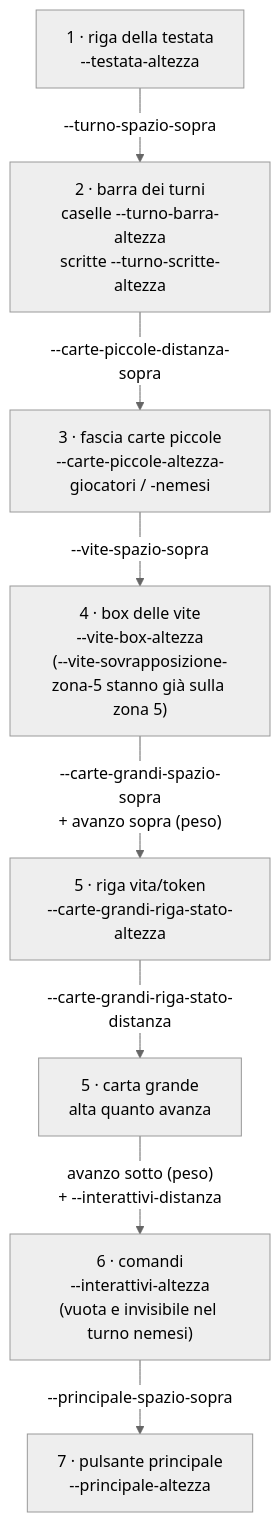
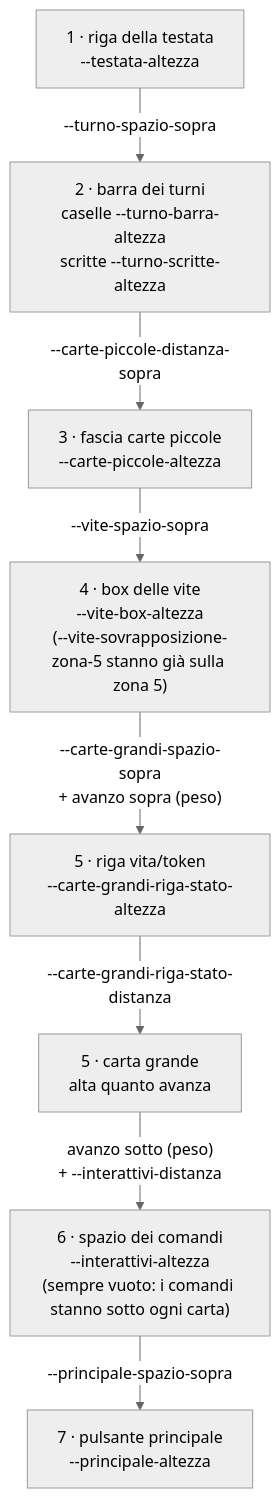
Before and after one commit to lorenzvittori/AeonsEnd_App_0.3: the second of 5 diagrams in docs/06-schermata-partita.md, drawn with Mermaid (neutral theme). The commit also changed other lines of this file and 8 other files, not shown here.

Commit message:
Rifiniture 5: documentazione (comandi agganciati alla carta, carte piccole bloccate al passo Pesca, carta pescata con le misure nuove, animazioni dei token sopra tutto, variabili nuove e unite)

````diff
--- a/docs/06-schermata-partita.md
+++ b/docs/06-schermata-partita.md
@@ -57,18 +57,18 @@
 ```mermaid
 flowchart TB
     Z1["1 · riga della testata<br/>--testata-altezza"]
     Z2["2 · barra dei turni<br/>caselle --turno-barra-altezza<br/>scritte --turno-scritte-altezza"]
-    Z3["3 · fascia carte piccole<br/>--carte-piccole-altezza-giocatori / -nemesi"]
+    Z3["3 · fascia carte piccole<br/>--carte-piccole-altezza"]
     Z4["4 · box delle vite<br/>--vite-box-altezza<br/>(--vite-sovrapposizione-zona-5 stanno già sulla zona 5)"]
     Z5a["5 · riga vita/token<br/>--carte-grandi-riga-stato-altezza"]
     Z5b["5 · carta grande<br/>alta quanto avanza"]
-    Z6["6 · comandi<br/>--interattivi-altezza<br/>(vuota e invisibile nel turno nemesi)"]
+    Z6["6 · spazio dei comandi<br/>--interattivi-altezza<br/>(sempre vuoto: i comandi stanno sotto ogni carta)"]
     Z7["7 · pulsante principale<br/>--principale-altezza"]
     Z1 -->|"--turno-spazio-sopra"| Z2
     Z2 -->|"--carte-piccole-distanza-sopra"| Z3
     Z3 -->|"--vite-spazio-sopra"| Z4
     Z4 -->|"--carte-grandi-spazio-sopra<br/>+ avanzo sopra (peso)"| Z5a
     Z5a -->|"--carte-grandi-riga-stato-distanza"| Z5b
     Z5b -->|"avanzo sotto (peso)<br/>+ --interattivi-distanza"| Z6
     Z6 -->|"--principale-spazio-sopra"| Z7
 ```
````
